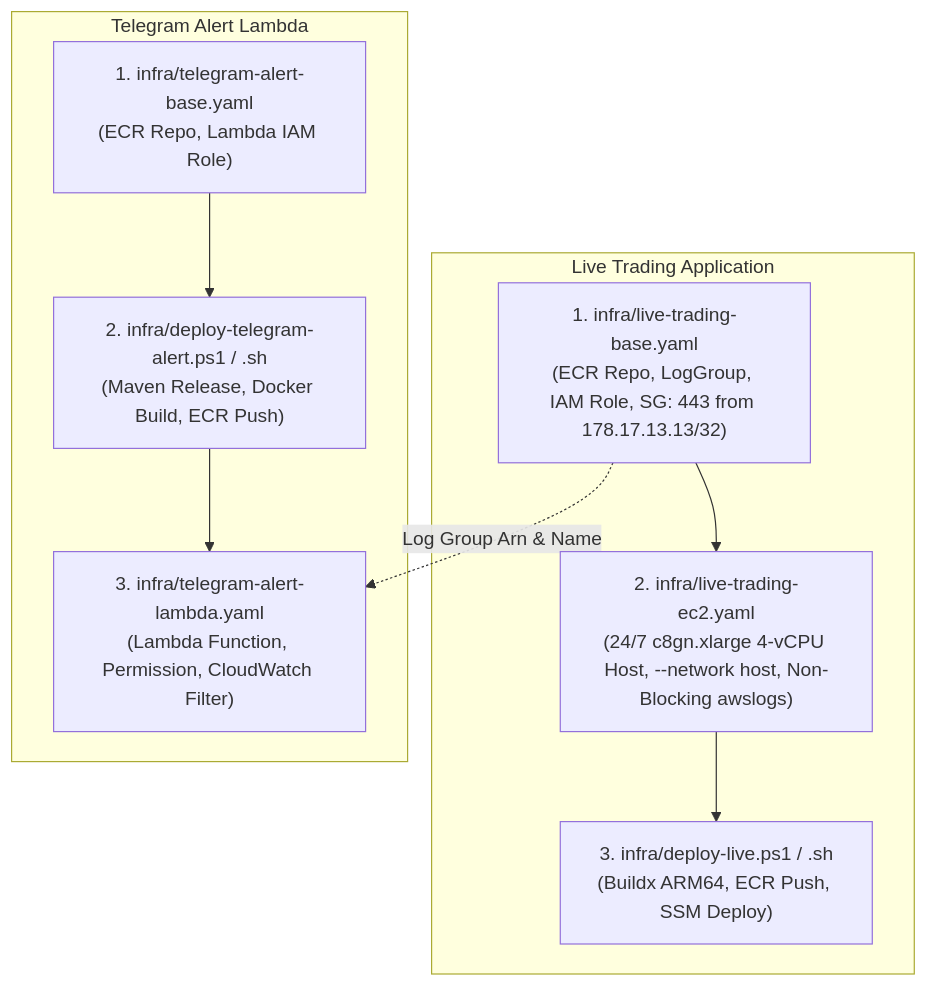
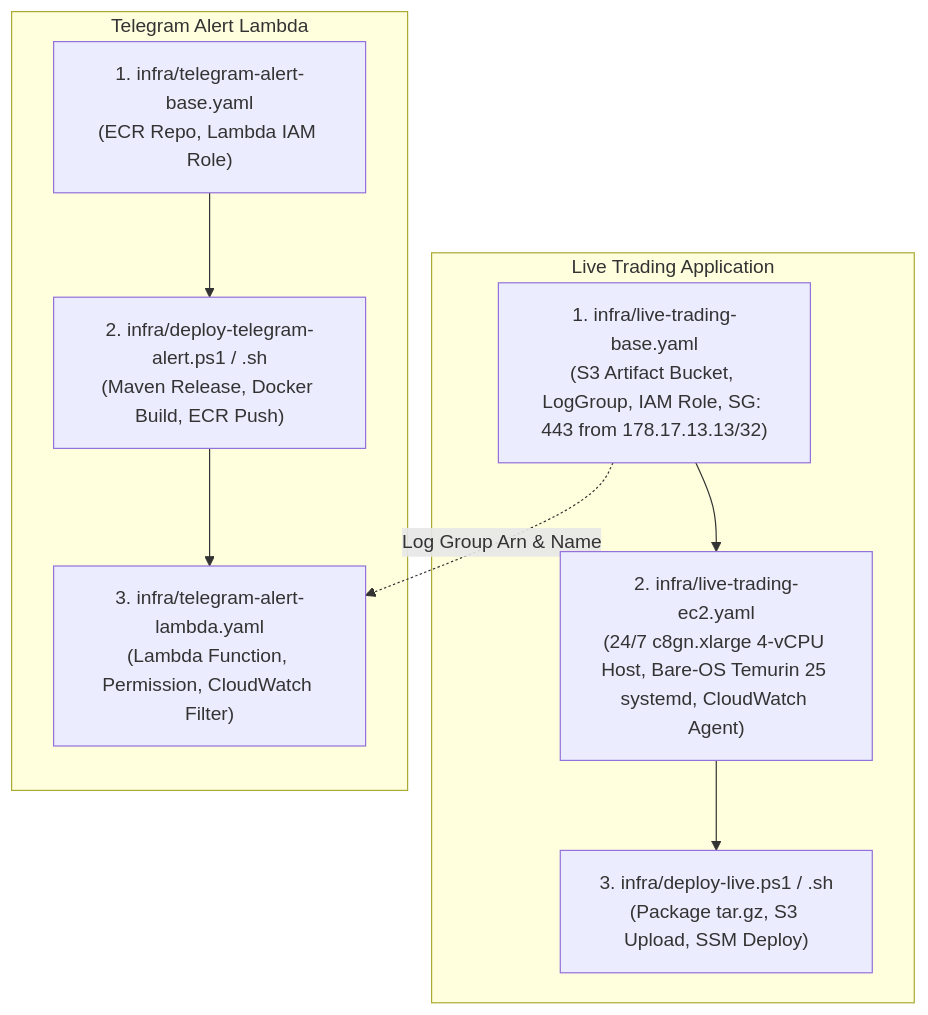
Before and after one commit to amuradon/polymarket-bot: the diagram in DEPLOYMENT.md, drawn with Mermaid. The commit also changed other lines of this file and 15 other files, not shown here.

Commit message:
perf(live,connector): migrate live app to bare-OS systemd and optimize HFT hot path

````diff
--- a/DEPLOYMENT.md
+++ b/DEPLOYMENT.md
@@ -13,20 +13,20 @@
 ```mermaid
 flowchart TD
     subgraph LiveTrading["Live Trading Application"]
-        LT_Base["1. infra/live-trading-base.yaml<br/>(ECR Repo, LogGroup, IAM Role, SG: 443 from 178.17.13.13/32)"]
-        LT_EC2["2. infra/live-trading-ec2.yaml<br/>(24/7 c8gn.xlarge 4-vCPU Host, --network host, Non-Blocking awslogs)"]
-        LT_Script["3. infra/deploy-live.ps1 / .sh<br/>(Buildx ARM64, ECR Push, SSM Deploy)"]
+        LT_Base["1. infra/live-trading-base.yaml<br/>(S3 Artifact Bucket, LogGroup, IAM Role, SG: 443 from 178.17.13.13/32)"]
+        LT_EC2["2. infra/live-trading-ec2.yaml<br/>(24/7 c8gn.xlarge 4-vCPU Host, Bare-OS Temurin 25 systemd, CloudWatch Agent)"]
+        LT_Script["3. infra/deploy-live.ps1 / .sh<br/>(Package tar.gz, S3 Upload, SSM Deploy)"]
         LT_Base --> LT_EC2
         LT_EC2 --> LT_Script
     end
 
     subgraph TelegramAlert["Telegram Alert Lambda"]
         TA_Base["1. infra/telegram-alert-base.yaml<br/>(ECR Repo, Lambda IAM Role)"]
         TA_Script["2. infra/deploy-telegram-alert.ps1 / .sh<br/>(Maven Release, Docker Build, ECR Push)"]
         TA_Lambda["3. infra/telegram-alert-lambda.yaml<br/>(Lambda Function, Permission, CloudWatch Filter)"]
         TA_Base --> TA_Script
         TA_Script --> TA_Lambda
     end
 
     LT_Base -.->|Log Group Arn & Name| TA_Lambda
 ```
````
